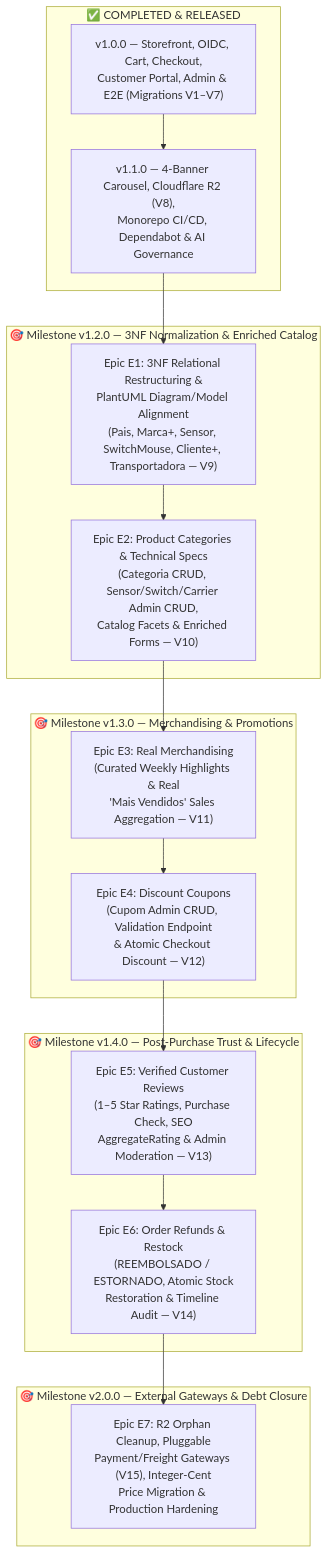
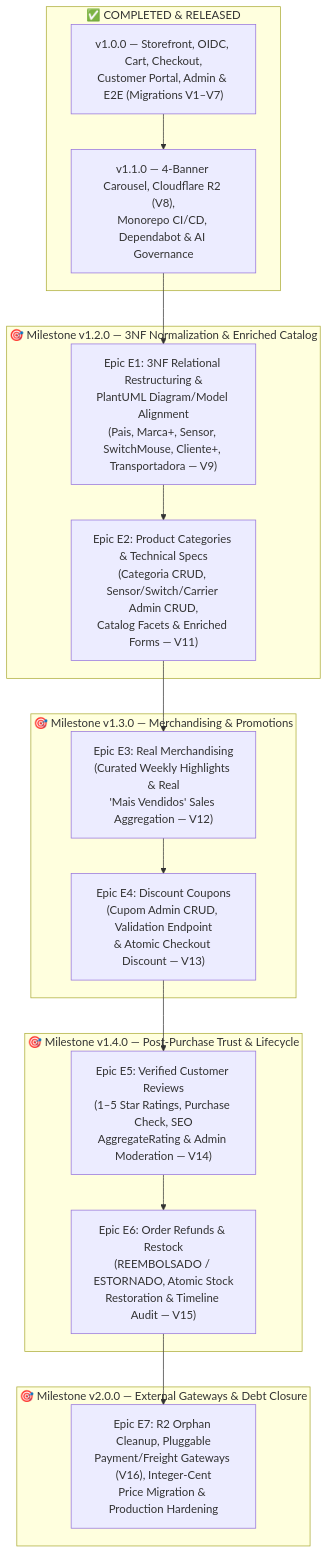
Before and after one commit to rafaelpacinii/ecommerce-mousetrap: the first of 2 diagrams in docs/ROADMAP.md, drawn with Mermaid. The commit also changed other lines of this file and 46 other files, not shown here.

````diff
--- a/docs/ROADMAP.md
+++ b/docs/ROADMAP.md
@@ -14,31 +19,31 @@
 ```mermaid
 flowchart TD
     subgraph Released["✅ COMPLETED & RELEASED"]
-        V10["v1.0.0 — Storefront, OIDC, Cart, Checkout,\nCustomer Portal, Admin & E2E (Migrations V1–V7)"]
-        V11["v1.1.0 — 4-Banner Carousel, Cloudflare R2 (V8),\nMonorepo CI/CD, Dependabot & AI Governance"]
-        V10 --> V11
+        V11["v1.0.0 — Storefront, OIDC, Cart, Checkout,\nCustomer Portal, Admin & E2E (Migrations V1–V7)"]
+        V12["v1.1.0 — 4-Banner Carousel, Cloudflare R2 (V8),\nMonorepo CI/CD, Dependabot & AI Governance"]
+        V11 --> V12
     end
 
     subgraph M12["🎯 Milestone v1.2.0 — 3NF Normalization & Enriched Catalog"]
         E1["Epic E1: 3NF Relational Restructuring &\nPlantUML Diagram/Model Alignment\n(Pais, Marca+, Sensor, SwitchMouse, Cliente+, Transportadora — V9)"]
-        E2["Epic E2: Product Categories & Technical Specs\n(Categoria CRUD, Sensor/Switch/Carrier Admin CRUD,\nCatalog Facets & Enriched Forms — V10)"]
-        V11 --> E1 --> E2
+        E2["Epic E2: Product Categories & Technical Specs\n(Categoria CRUD, Sensor/Switch/Carrier Admin CRUD,\nCatalog Facets & Enriched Forms — V11)"]
+        V12 --> E1 --> E2
     end
 
     subgraph M13["🎯 Milestone v1.3.0 — Merchandising & Promotions"]
-        E3["Epic E3: Real Merchandising\n(Curated Weekly Highlights & Real\n'Mais Vendidos' Sales Aggregation — V11)"]
-        E4["Epic E4: Discount Coupons\n(Cupom Admin CRUD, Validation Endpoint\n& Atomic Checkout Discount — V12)"]
+        E3["Epic E3: Real Merchandising\n(Curated Weekly Highlights & Real\n'Mais Vendidos' Sales Aggregation — V12)"]
+        E4["Epic E4: Discount Coupons\n(Cupom Admin CRUD, Validation Endpoint\n& Atomic Checkout Discount — V13)"]
         E2 --> E3 --> E4
     end
 
     subgraph M14["🎯 Milestone v1.4.0 — Post-Purchase Trust & Lifecycle"]
-        E5["Epic E5: Verified Customer Reviews\n(1–5 Star Ratings, Purchase Check, SEO\nAggregateRating & Admin Moderation — V13)"]
-        E6["Epic E6: Order Refunds & Restock\n(REEMBOLSADO / ESTORNADO, Atomic Stock\nRestoration & Timeline Audit — V14)"]
+        E5["Epic E5: Verified Customer Reviews\n(1–5 Star Ratings, Purchase Check, SEO\nAggregateRating & Admin Moderation — V14)"]
+        E6["Epic E6: Order Refunds & Restock\n(REEMBOLSADO / ESTORNADO, Atomic Stock\nRestoration & Timeline Audit — V15)"]
         E4 --> E5 --> E6
     end
 
     subgraph M20["🎯 Milestone v2.0.0 — External Gateways & Debt Closure"]
-        E7["Epic E7: R2 Orphan Cleanup, Pluggable\nPayment/Freight Gateways (V15), Integer-Cent\nPrice Migration & Production Hardening"]
+        E7["Epic E7: R2 Orphan Cleanup, Pluggable\nPayment/Freight Gateways (V16), Integer-Cent\nPrice Migration & Production Hardening"]
         E6 --> E7
     end
 ```
````
